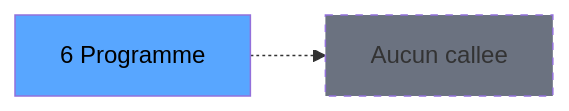
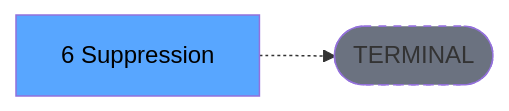
Before and after one commit to thonyAGP/lecteur-magic: the third of 3 diagrams in .openspec/specs/ADH-IDE-6.md, drawn with Mermaid. The commit also changed other lines of this file and 701 other files, not shown here.

````diff
--- a/.openspec/specs/ADH-IDE-6.md
+++ b/.openspec/specs/ADH-IDE-6.md
@@ -128,8 +134,8 @@
 ```mermaid
 graph LR
-    T[6 Programme]
-    NONE[Aucun callee]
-    T -.-> NONE
+    T[6     Suppression]
+    TERM([TERMINAL])
+    T -.-> TERM
+    style TERM fill:#6b7280,stroke-dasharray: 5 5
     style T fill:#58a6ff,color:#000
-    style NONE fill:#6b7280,stroke-dasharray: 5 5
 ```
````
